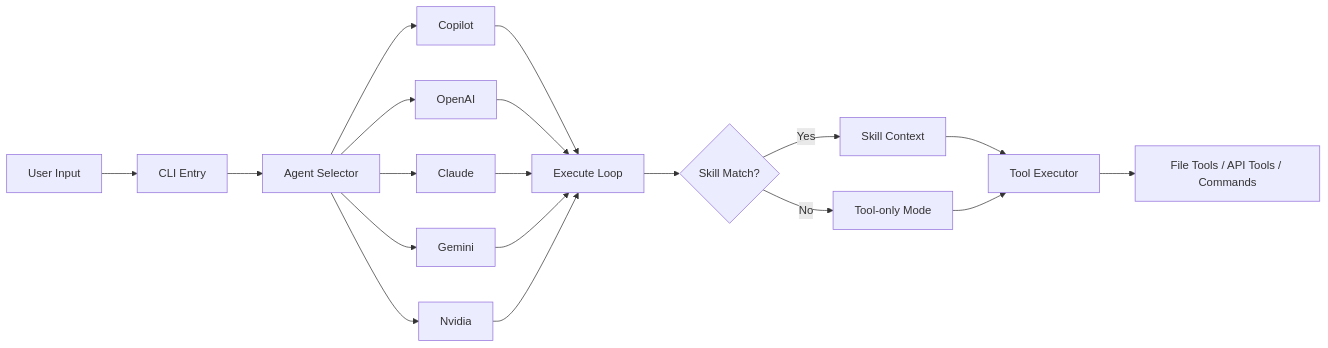
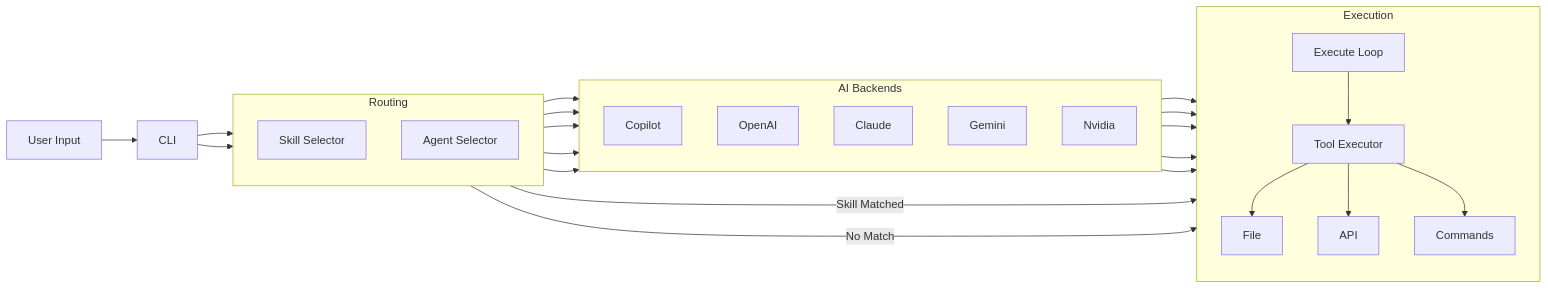
One commit to pardnchiu/go-agent changed the diagram in README.md. Above: the diagram before and after it, drawn with Mermaid. The commit also changed other lines of this file and 3 other files, not shown here.

Commit message:
doc: 重構 README 核心特色並新增架構分區圖、補全文件缺漏欄位

````diff
--- a/README.md
+++ b/README.md
@@ -42,16 +42,36 @@
 ```mermaid
 graph LR
-    A[User Input] --> B[CLI Entry]
-    B --> C[Agent Selector]
-    C --> D1[Copilot]
-    C --> D2[OpenAI]
-    C --> D3[Claude]
-    C --> D4[Gemini]
-    C --> D5[Nvidia]
-    D1 & D2 & D3 & D4 & D5 --> E[Execute Loop]
-    E --> F{Skill Match?}
-    F -->|Yes| G[Skill Context]
-    F -->|No| H[Tool-only Mode]
-    G & H --> I[Tool Executor]
-    I --> J[File Tools / API Tools / Commands]
+    A[User Input] --> B[CLI]
+
+    subgraph ROUTING["Routing"]
+        direction TB
+        C1[Skill Selector]
+        C2[Agent Selector]
+    end
+
+    subgraph AGENTS["AI Backends"]
+        direction TB
+        D1[Copilot]
+        D2[OpenAI]
+        D3[Claude]
+        D4[Gemini]
+        D5[Nvidia]
+    end
+
+    subgraph EXEC["Execution"]
+        direction TB
+        E[Execute Loop]
+        F[Tool Executor]
+        G1[File]
+        G2[API]
+        G3[Commands]
+        E --> F
+        F --> G1 & G2 & G3
+    end
+
+    B --> C1 & C2
+    C2 --> D1 & D2 & D3 & D4 & D5
+    C1 -->|Skill Matched| E
+    C1 -->|No Match| E
+    D1 & D2 & D3 & D4 & D5 --> E
 ```
````
